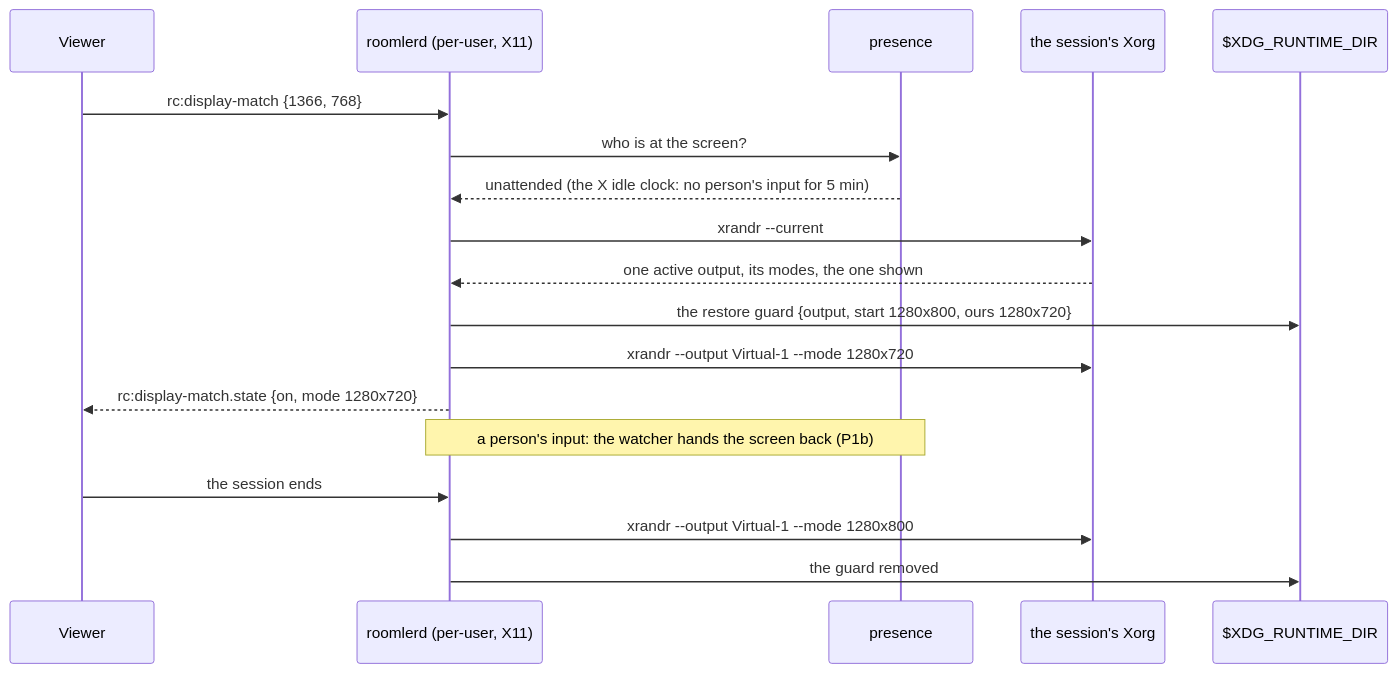
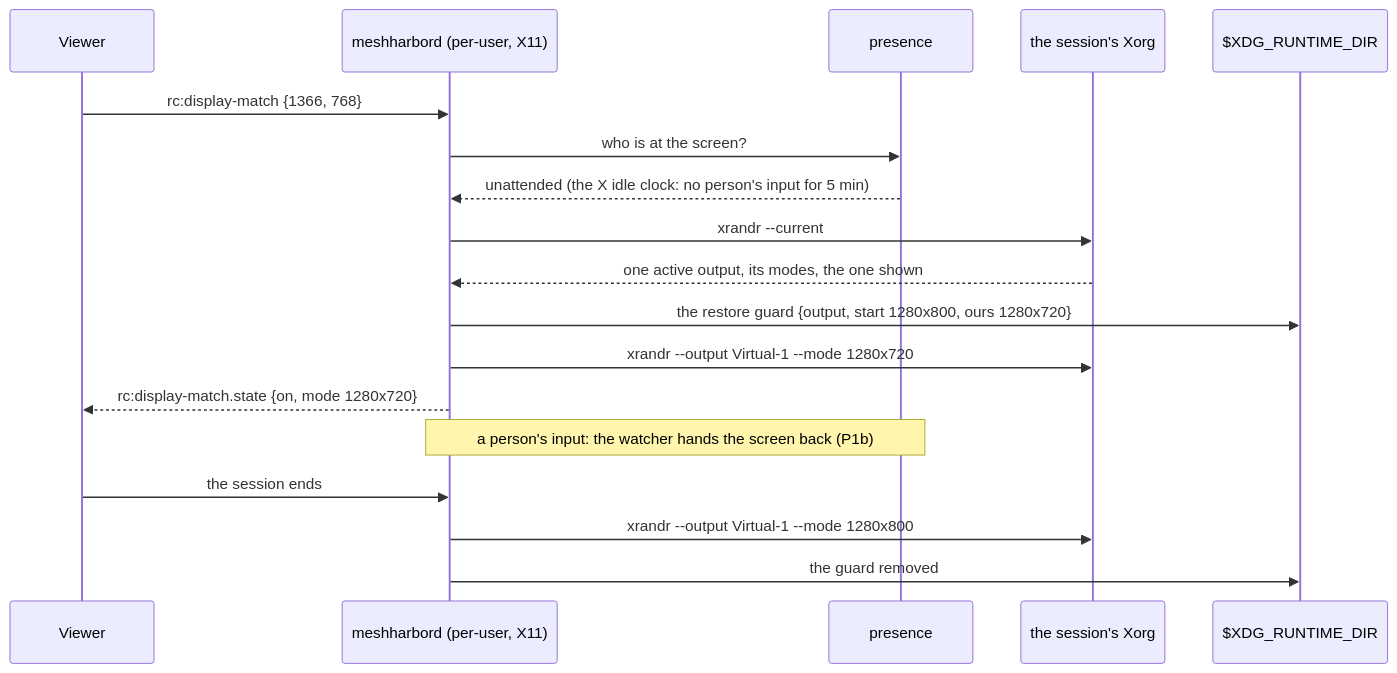
The third of 3 diagrams in docs/display-match.md (jk-zhang-meta/MeshHarbor), drawn with Mermaid before and after one commit. The commit also changed other lines of this file and 682 other files, not shown here.

````diff
--- a/docs/display-match.md
+++ b/docs/display-match.md
@@ -239,20 +239,20 @@
 ```mermaid
 sequenceDiagram
     participant V as Viewer
-    participant A as roomlerd (per-user, X11)
+    participant A as meshharbord (per-user, X11)
     participant P as presence
     participant X as the session's Xorg
     participant G as $XDG_RUNTIME_DIR
     V->>A: rc:display-match {1366, 768}
     A->>P: who is at the screen?
     P-->>A: unattended (the X idle clock: no person's input for 5 min)
     A->>X: xrandr --current
     X-->>A: one active output, its modes, the one shown
     A->>G: the restore guard {output, start 1280x800, ours 1280x720}
     A->>X: xrandr --output Virtual-1 --mode 1280x720
     A-->>V: rc:display-match.state {on, mode 1280x720}
     Note over A,P: a person's input: the watcher hands the screen back (P1b)
     V->>A: the session ends
     A->>X: xrandr --output Virtual-1 --mode 1280x800
     A->>G: the guard removed
 ```
````
